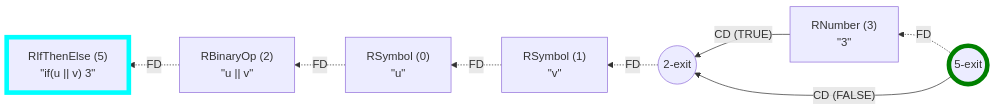
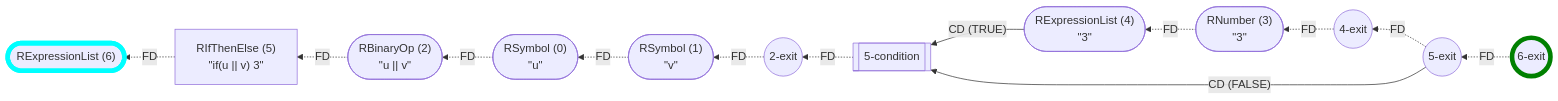
One commit to flowr-analysis/flowr changed the third of 23 diagrams in wiki/Control Flow Graph.md. Above: the diagram before and after it, drawn with Mermaid. The commit also changed other lines of this file and 339 other files, not shown here.

````diff
--- a/wiki/Control Flow Graph.md
+++ b/wiki/Control Flow Graph.md
@@ -124,23 +169,34 @@
 ```mermaid
 flowchart RL
+    n6(["`RExpressionList (6)`"])
     n5["`RIfThenElse (5)
 #34;if(u || v) 3#34;`"]
+    n5-condition[[5-condition]]
     n5-exit((5-exit))
-    n0["`RSymbol (0)
-#34;u#34;`"]
-    n1["`RSymbol (1)
-#34;v#34;`"]
-    n2["`RBinaryOp (2)
-#34;u || v#34;`"]
+    n0(["`RSymbol (0)
+#34;u#34;`"])
+    n1(["`RSymbol (1)
+#34;v#34;`"])
+    n2(["`RBinaryOp (2)
+#34;u || v#34;`"])
     n2-exit((2-exit))
-    n3["`RNumber (3)
-#34;3#34;`"]
+    n4(["`RExpressionList (4)
+#34;3#34;`"])
+    n3(["`RNumber (3)
+#34;3#34;`"])
+    n4-exit((4-exit))
+    n6-exit((6-exit))
+    n5 -.->|"FD"| n6
     n1 -.->|"FD"| n0
     n0 -.->|"FD"| n2
     n2-exit -.->|"FD"| n1
-    n3 -->|"CD (TRUE)"| n2-exit
+    n3 -.->|"FD"| n4
+    n4-exit -.->|"FD"| n3
+    n5-condition -.->|"FD"| n2-exit
+    n4 -->|"CD (TRUE)"| n5-condition
     n2 -.->|"FD"| n5
-    n5-exit -.->|"FD"| n3
-    n5-exit -->|"CD (FALSE)"| n2-exit
-    style n5 stroke:cyan,stroke-width:6.5px;    style n5-exit stroke:green,stroke-width:6.5px;
+    n5-exit -.->|"FD"| n4-exit
+    n5-exit -->|"CD (FALSE)"| n5-condition
+    n6-exit -.->|"FD"| n5-exit
+    style n6 stroke:cyan,stroke-width:6.5px;    style n6-exit stroke:green,stroke-width:6.5px;
 ```
````
